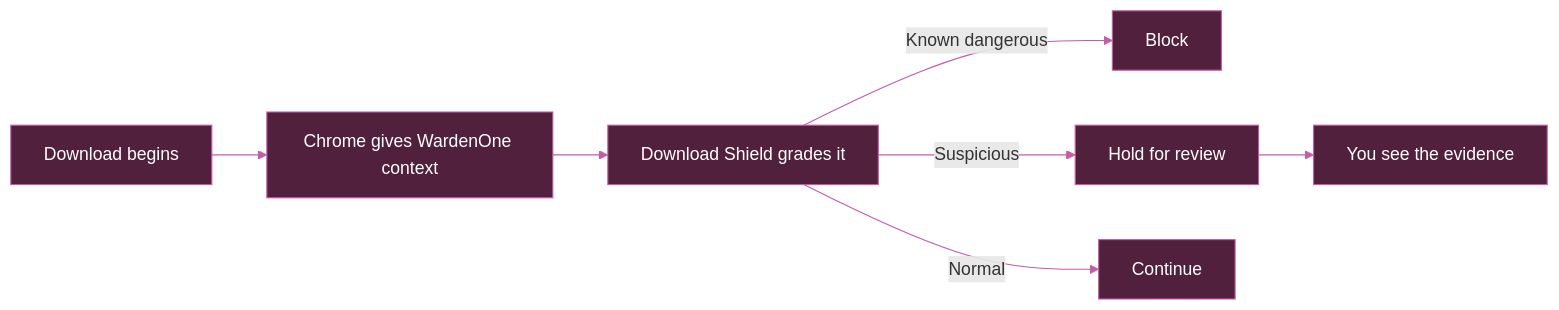
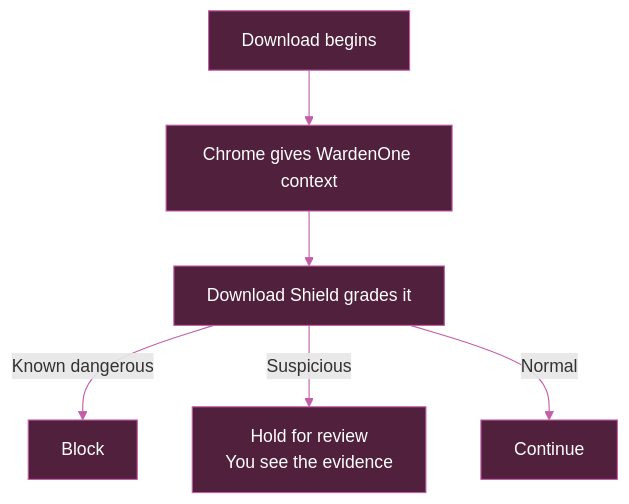
The first of 3 diagrams in README.md (iri-dev/WardenOne), drawn with Mermaid before and after one commit. The commit also changed other lines of this file, not shown here.

Commit message:
Keep README diagrams clear of GitHub controls

````diff
--- a/README.md
+++ b/README.md
@@ -395,12 +395,11 @@
 ```mermaid
-flowchart LR
+flowchart TB
     Start["Download begins"] --> Context["Chrome gives WardenOne context"]
     Context --> Grade["Download Shield grades it"]
     Grade -->|Known dangerous| Block["Block"]
-    Grade -->|Suspicious| Review["Hold for review"]
-    Review --> Evidence["You see the evidence"]
+    Grade -->|Suspicious| Review["Hold for review<br/>You see the evidence"]
     Grade -->|Normal| Continue["Continue"]
     classDef warden fill:#51203c,stroke:#c45ca7,color:#ffffff
-    class Start,Context,Grade,Block,Review,Evidence,Continue warden
+    class Start,Context,Grade,Block,Review,Continue warden
     linkStyle default stroke:#c45ca7
 ```
````
